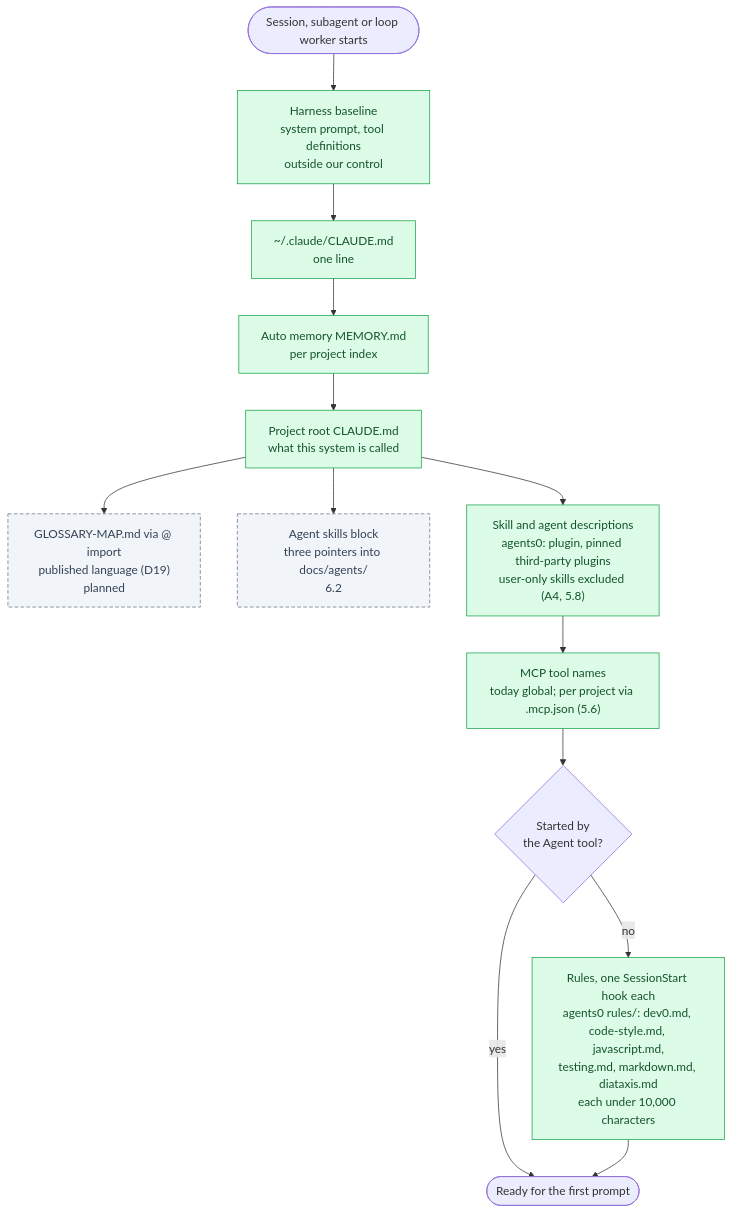
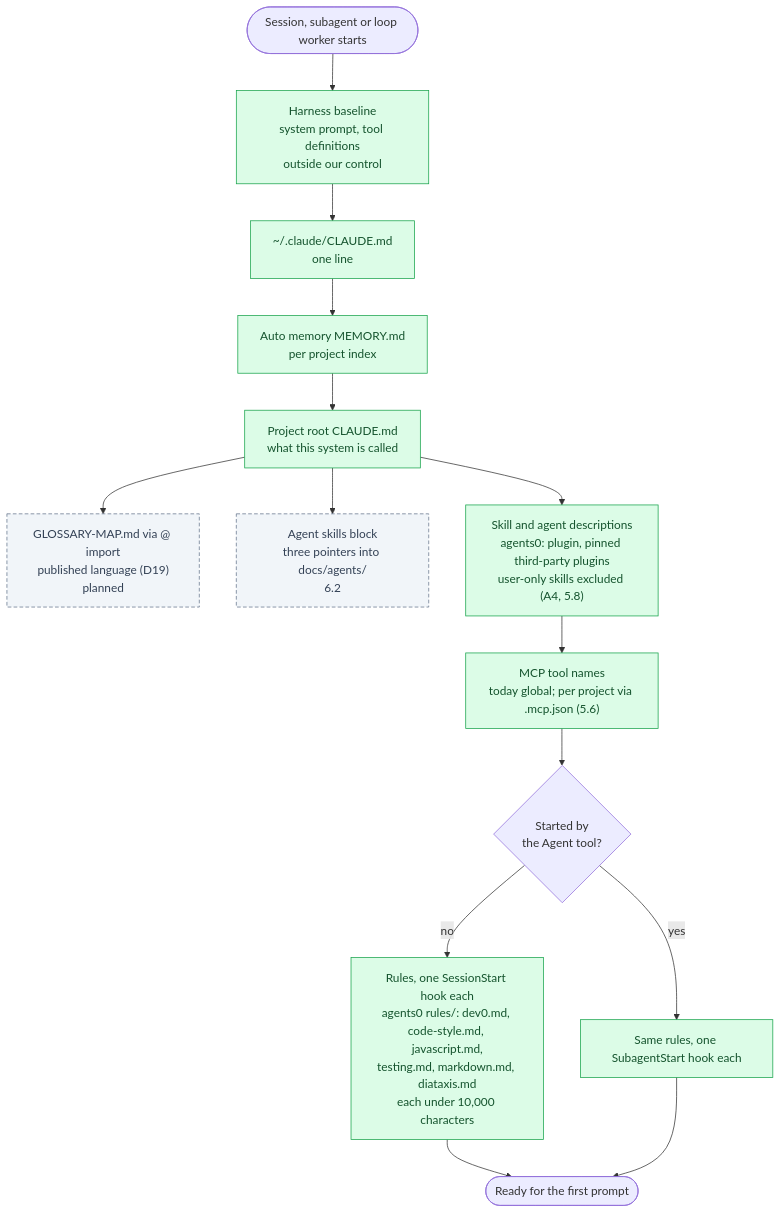
The second of 4 diagrams in docs/scratch/2026-10-04-agent-context-map.md (tforster/agents0), drawn with Mermaid before and after one commit. The commit also changed other lines of this file and 6 other files, not shown here.

First line of the commit message:
Inject rules into subagents (Re: DEV0-67)

````diff
--- a/docs/scratch/2026-10-04-agent-context-map.md
+++ b/docs/scratch/2026-10-04-agent-context-map.md
@@ -29,18 +29,19 @@
 ```mermaid
 flowchart TD
   start(["Session, subagent or loop worker starts"]) --> harness["Harness baseline<br/>system prompt, tool definitions<br/>outside our control"]:::exists
   harness --> globalMd["~/.claude/CLAUDE.md<br/>one line"]:::exists
   globalMd --> memory["Auto memory MEMORY.md<br/>per project index"]:::exists
   memory --> rootMd["Project root CLAUDE.md<br/>what this system is called"]:::exists
   rootMd --> glossaryMap["GLOSSARY-MAP.md via @ import<br/>published language (D19)<br/>planned"]:::planned
   rootMd --> agentSkills["Agent skills block<br/>three pointers into docs/agents/<br/>6.2"]:::planned
   rootMd --> pointers["Skill and agent descriptions<br/>agents0: plugin, pinned third-party plugins<br/>user-only skills excluded (A4, 5.8)"]:::exists
   pointers --> mcp["MCP tool names<br/>today global; per project via .mcp.json (5.6)"]:::exists
   mcp --> subagent{"Started by<br/>the Agent tool?"}
-  subagent -- no --> rules["Rules, one SessionStart hook each<br/>agents0 rules/: dev0.md, code-style.md, javascript.md,<br/>testing.md, markdown.md, diataxis.md<br/>each under 10,000 characters"]:::exists
-  subagent -- yes --> ready(["Ready for the first prompt"])
-  rules --> ready
+  subagent -- no --> sessionRules["Rules, one SessionStart hook each<br/>agents0 rules/: dev0.md, code-style.md, javascript.md,<br/>testing.md, markdown.md, diataxis.md<br/>each under 10,000 characters"]:::exists
+  subagent -- yes --> subagentRules["Same rules, one SubagentStart hook each"]:::exists
+  sessionRules --> ready(["Ready for the first prompt"])
+  subagentRules --> ready
 
   classDef exists fill:#dcfce7,stroke:#16a34a,color:#14532d
   classDef planned fill:#f1f5f9,stroke:#64748b,color:#334155,stroke-dasharray:5 3
 ```
````
